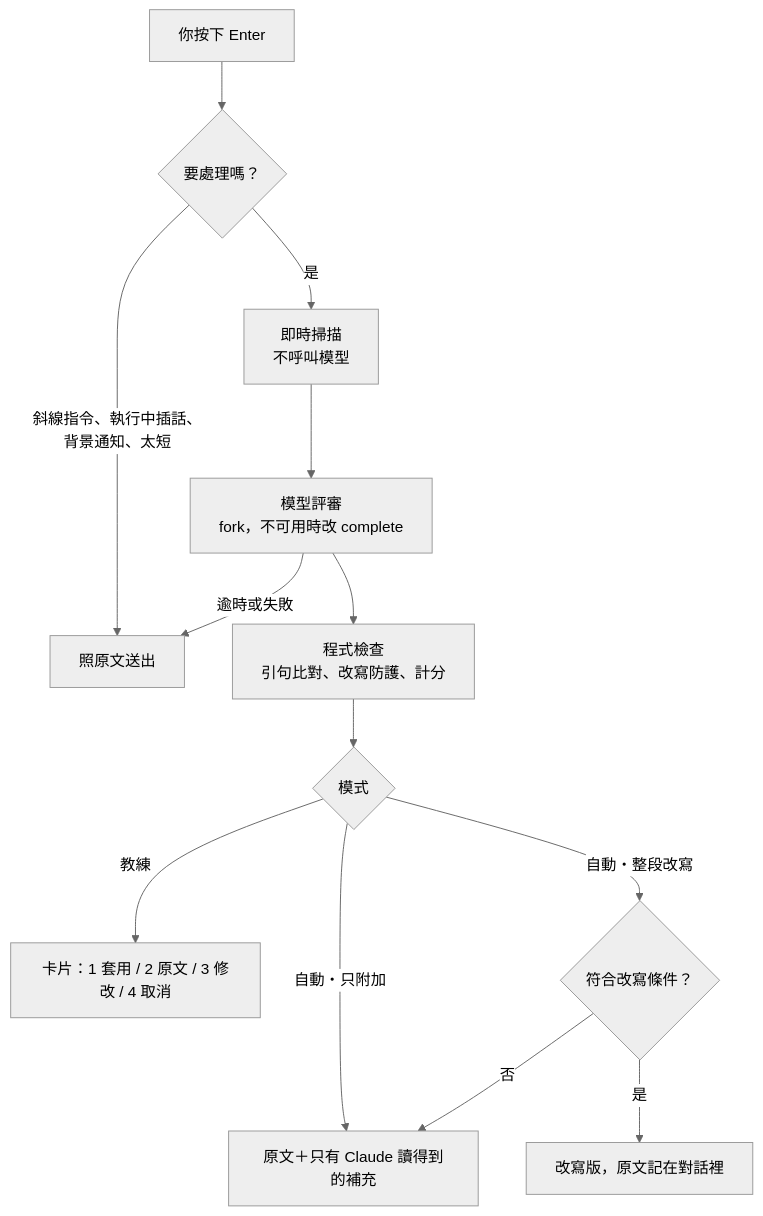
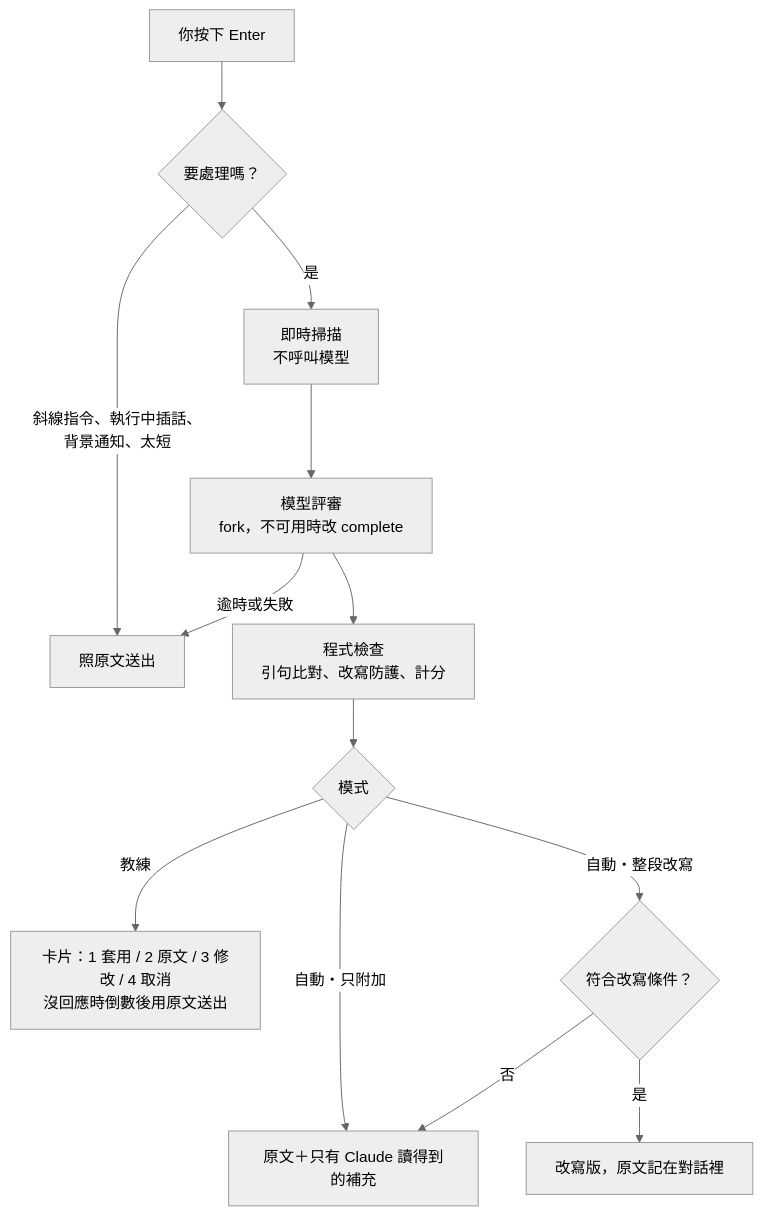
Before and after one commit to Sen-CaPoo/prompt-coach: the diagram in README.md, drawn with Mermaid (neutral theme). The commit also changed other lines of this file and 13 other files, not shown here.

````diff
--- a/README.md
+++ b/README.md
@@ -143,15 +151,15 @@
 ```mermaid
 flowchart TD
     A[你按下 Enter] --> B{要處理嗎？}
     B -- 斜線指令、執行中插話、<br>背景通知、太短 --> Z[照原文送出]
     B -- 是 --> C[即時掃描<br>不呼叫模型]
     C --> D[模型評審<br>fork，不可用時改 complete]
     D -- 逾時或失敗 --> Z
     D --> E[程式檢查<br>引句比對、改寫防護、計分]
     E --> F{模式}
-    F -- 教練 --> G[卡片：1 套用 / 2 原文 / 3 修改 / 4 取消]
+    F -- 教練 --> G[卡片：1 套用 / 2 原文 / 3 修改 / 4 取消<br>沒回應時倒數後用原文送出]
     F -- 自動・只附加 --> H[原文＋只有 Claude 讀得到的補充]
     F -- 自動・整段改寫 --> J{符合改寫條件？}
     J -- 是 --> I[改寫版，原文記在對話裡]
     J -- 否 --> H
 ```
````
